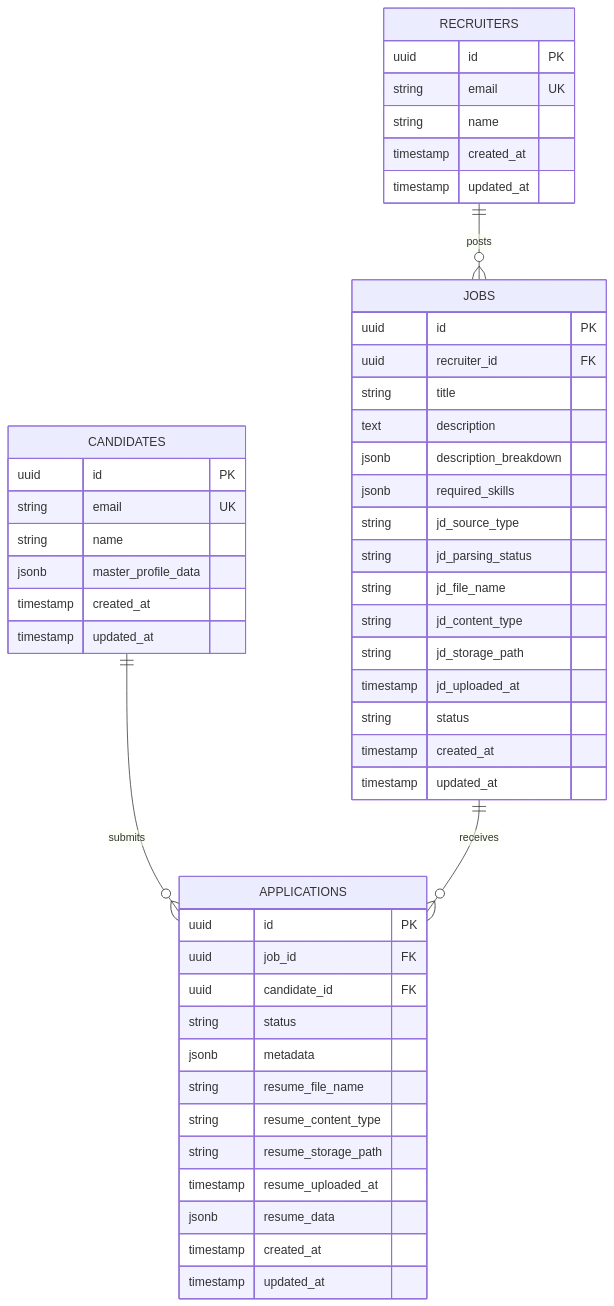
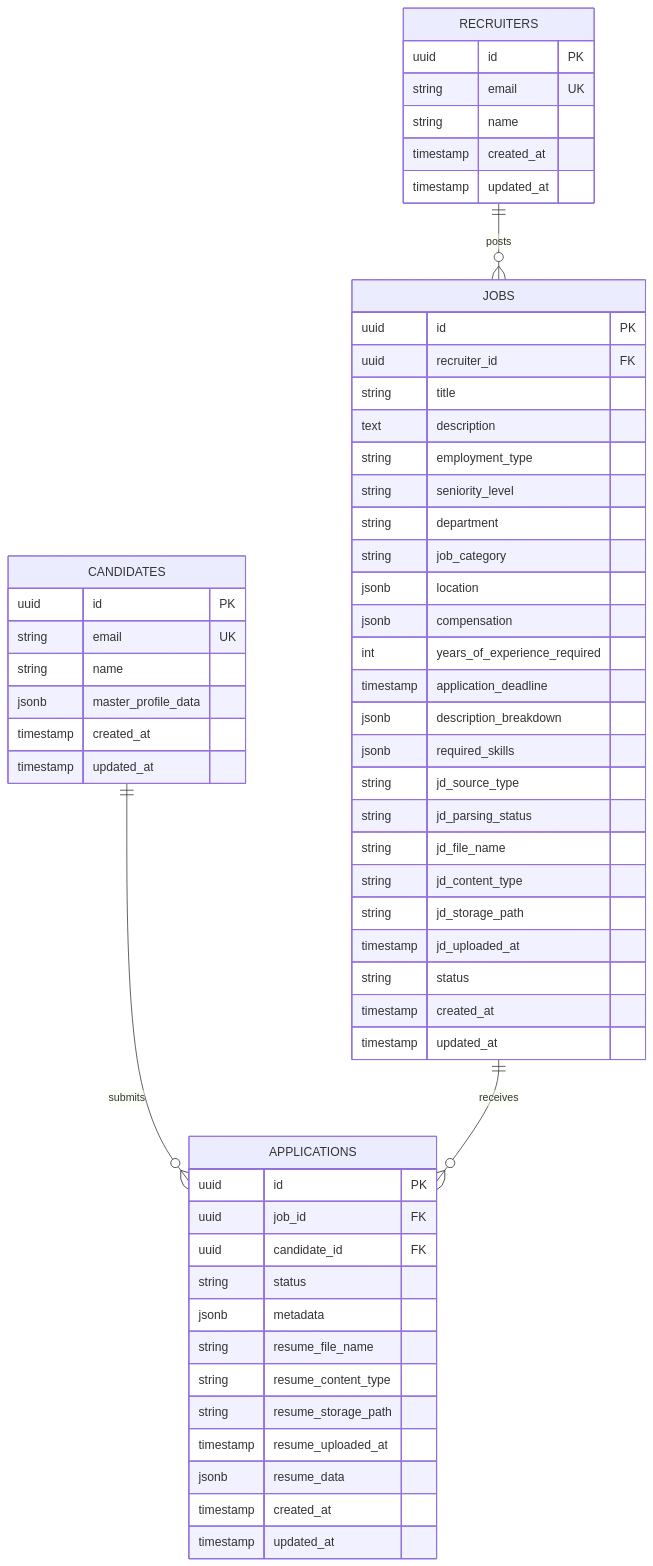
One commit to afnan-emumba/smart-hire changed the first of 2 diagrams in docs/DATABASE.md. Above: the diagram before and after it, drawn with Mermaid. The commit also changed other lines of this file and 15 other files, not shown here.

````diff
--- a/docs/DATABASE.md
+++ b/docs/DATABASE.md
@@ -9,56 +9,64 @@
 ```mermaid
 erDiagram
     RECRUITERS ||--o{ JOBS : posts
     CANDIDATES ||--o{ APPLICATIONS : submits
     JOBS ||--o{ APPLICATIONS : receives
 
     RECRUITERS {
         uuid id PK
         string email UK
         string name
         timestamp created_at
         timestamp updated_at
     }
 
     CANDIDATES {
         uuid id PK
         string email UK
         string name
         jsonb master_profile_data
         timestamp created_at
         timestamp updated_at
     }
 
     JOBS {
         uuid id PK
         uuid recruiter_id FK
         string title
         text description
+        string employment_type
+        string seniority_level
+        string department
+        string job_category
+        jsonb location
+        jsonb compensation
+        int years_of_experience_required
+        timestamp application_deadline
         jsonb description_breakdown
         jsonb required_skills
         string jd_source_type
         string jd_parsing_status
         string jd_file_name
         string jd_content_type
         string jd_storage_path
         timestamp jd_uploaded_at
         string status
         timestamp created_at
         timestamp updated_at
     }
 
     APPLICATIONS {
         uuid id PK
         uuid job_id FK
         uuid candidate_id FK
         string status
         jsonb metadata
         string resume_file_name
         string resume_content_type
         string resume_storage_path
         timestamp resume_uploaded_at
         jsonb resume_data
         timestamp created_at
         timestamp updated_at
     }
 ```
````
